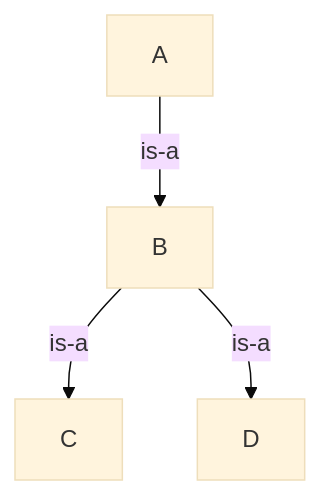
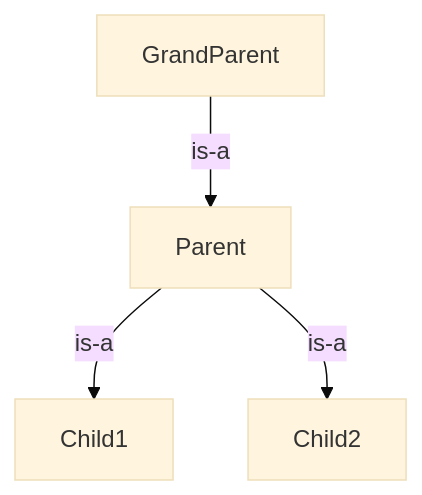
Before and after one commit to chanduujjina/JSE_Practice_2025_B1: the fourth of 5 diagrams in TypesOfInheritance.md, drawn with Mermaid (base theme). The commit also changed other lines of this file, not shown here.

````diff
--- a/TypesOfInheritance.md
+++ b/TypesOfInheritance.md
@@ -29,7 +29,7 @@
 ```mermaid
 graph TD;
-    A-->|is-a|B;
-    B-->|is-a|C
-    B-->|is-a|D
+    GrandParent-->|is-a|Parent;
+    Parent-->|is-a|Child1
+    Parent-->|is-a|Child2
     
 ```
````
